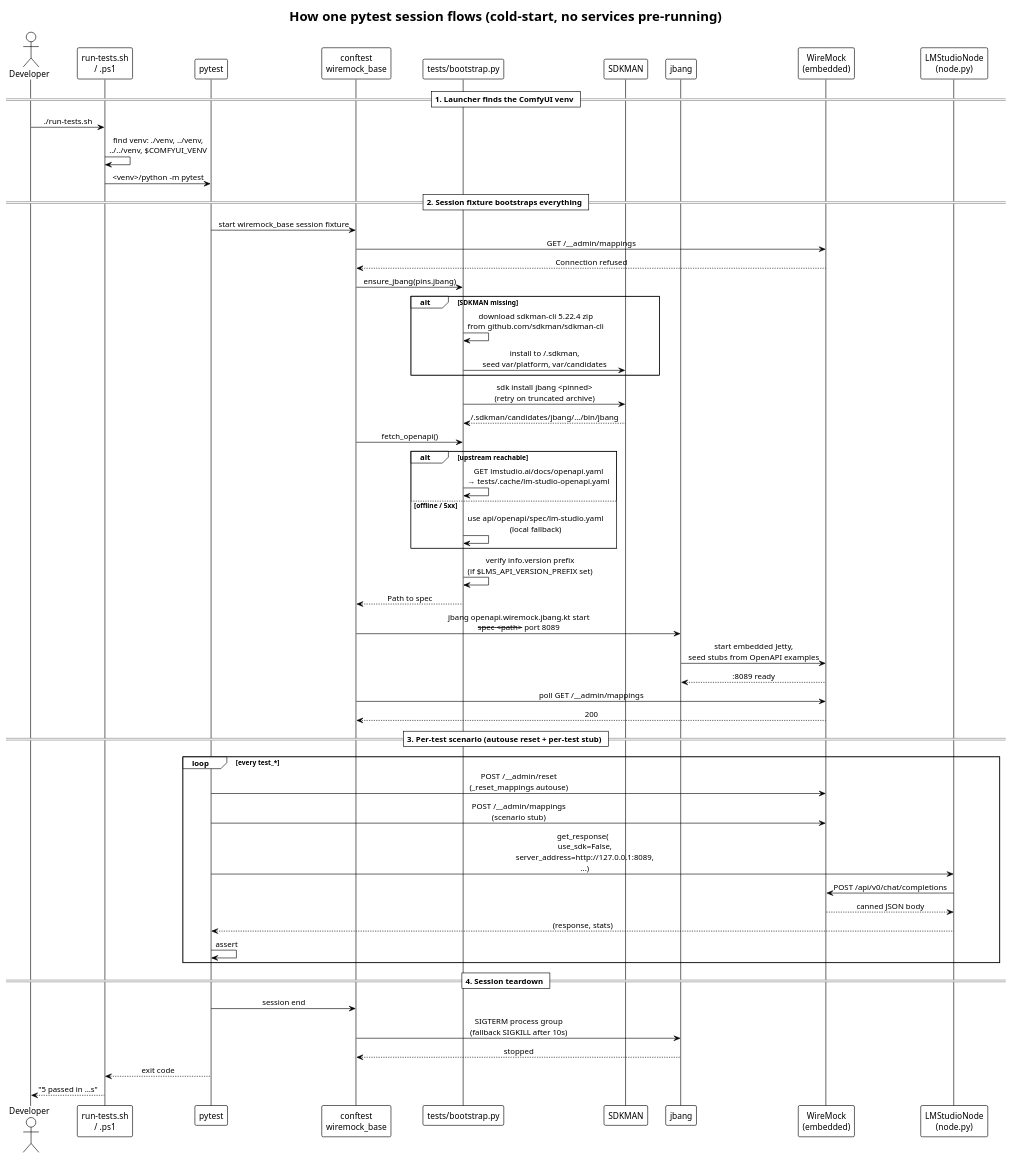
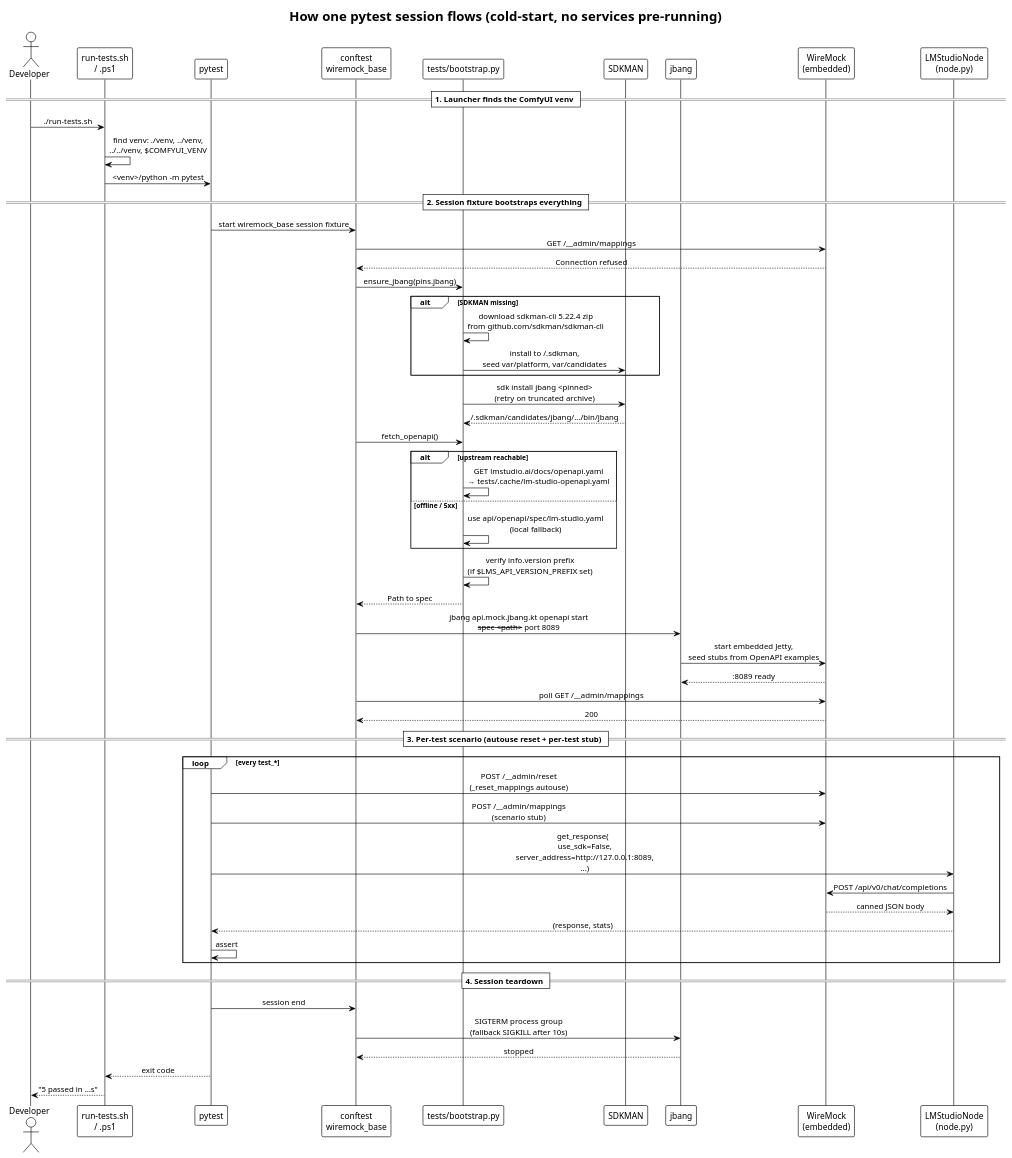
Before and after one commit to CLK-AL/ComfyUI-LM-Studio: the diagram in puml/test-sequence.puml, drawn with PlantUML. The commit also changed 18 other files, not shown here.

First line of the commit message:
Consolidate per-protocol jbang scripts into api/api.mock.jbang.kt

```diff
--- a/puml/test-sequence.puml
+++ b/puml/test-sequence.puml
@@ -1,69 +1,69 @@
 @startuml test-sequence
 !theme plain
 title How one pytest session flows (cold-start, no services pre-running)
 
 skinparam defaultFontName Inconsolata
 skinparam sequenceMessageAlign center
 
 actor        Developer           as DEV
 participant  "run-tests.sh\n/ .ps1"        as LAUNCHER
 participant  pytest              as PYTEST
 participant  "conftest\nwiremock_base"     as CONF
 participant  "tests/bootstrap.py" as BOOT
 participant  SDKMAN              as SDK
 participant  jbang               as JBG
 participant  "WireMock\n(embedded)"        as WM
 participant  "LMStudioNode\n(node.py)"     as NODE
 
 == 1. Launcher finds the ComfyUI venv ==
 DEV -> LAUNCHER : ./run-tests.sh
 LAUNCHER -> LAUNCHER : find venv: ./venv, ../venv,\n../../venv, $COMFYUI_VENV
 LAUNCHER -> PYTEST  : <venv>/python -m pytest
 
 == 2. Session fixture bootstraps everything ==
 PYTEST -> CONF : start wiremock_base session fixture
 CONF -> WM     : GET /__admin/mappings
 WM --> CONF    : Connection refused
 
 CONF -> BOOT   : ensure_jbang(pins.jbang)
 alt SDKMAN missing
   BOOT -> BOOT : download sdkman-cli 5.22.4 zip\nfrom github.com/sdkman/sdkman-cli
   BOOT -> SDK  : install to ~/.sdkman,\nseed var/platform, var/candidates
 end
 BOOT -> SDK    : sdk install jbang <pinned>\n(retry on truncated archive)
 SDK  --> BOOT  : ~/.sdkman/candidates/jbang/.../bin/jbang
 
 CONF -> BOOT   : fetch_openapi()
 alt upstream reachable
   BOOT -> BOOT : GET lmstudio.ai/docs/openapi.yaml\n→ tests/.cache/lm-studio-openapi.yaml
 else offline / 5xx
   BOOT -> BOOT : use api/openapi/spec/lm-studio.yaml\n(local fallback)
 end
 BOOT -> BOOT   : verify info.version prefix\n(if $LMS_API_VERSION_PREFIX set)
 BOOT --> CONF  : Path to spec
 
-CONF -> JBG    : jbang openapi.wiremock.jbang.kt start\n--spec <path> --port 8089
+CONF -> JBG    : jbang api.mock.jbang.kt openapi start\n--spec <path> --port 8089
 JBG  -> WM     : start embedded Jetty,\nseed stubs from OpenAPI examples
 WM   --> JBG   : :8089 ready
 CONF -> WM     : poll GET /__admin/mappings
 WM   --> CONF  : 200
 
 == 3. Per-test scenario (autouse reset + per-test stub) ==
 loop every test_*
   PYTEST -> WM   : POST /__admin/reset\n(_reset_mappings autouse)
   PYTEST -> WM   : POST /__admin/mappings\n(scenario stub)
   PYTEST -> NODE : get_response(\n  use_sdk=False,\n  server_address=http://127.0.0.1:8089,\n  ...)
   NODE   -> WM   : POST /api/v0/chat/completions
   WM     --> NODE: canned JSON body
   NODE   --> PYTEST: (response, stats)
   PYTEST -> PYTEST: assert
 end
 
 == 4. Session teardown ==
 PYTEST -> CONF : session end
 CONF   -> JBG  : SIGTERM process group\n(fallback SIGKILL after 10s)
 JBG    --> CONF: stopped
 
 PYTEST --> LAUNCHER : exit code
 LAUNCHER --> DEV    : "5 passed in …s"
 @enduml
```
